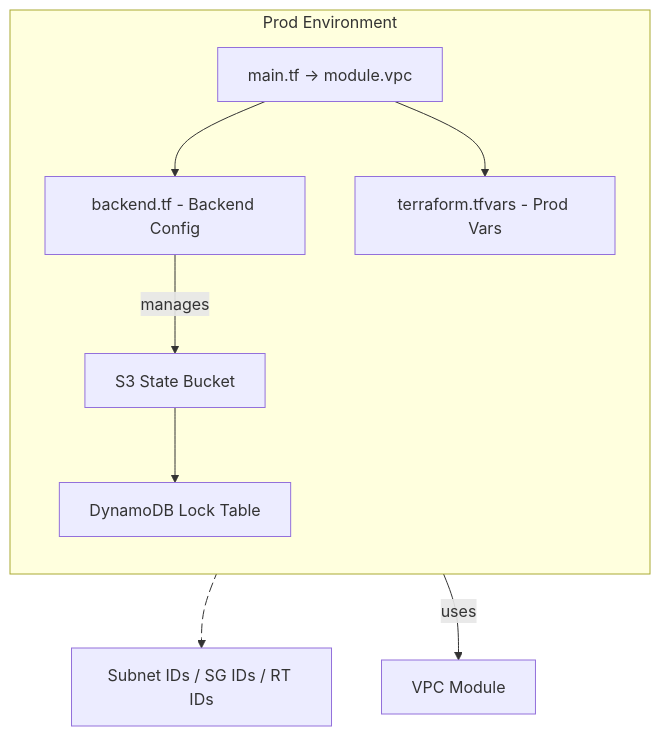
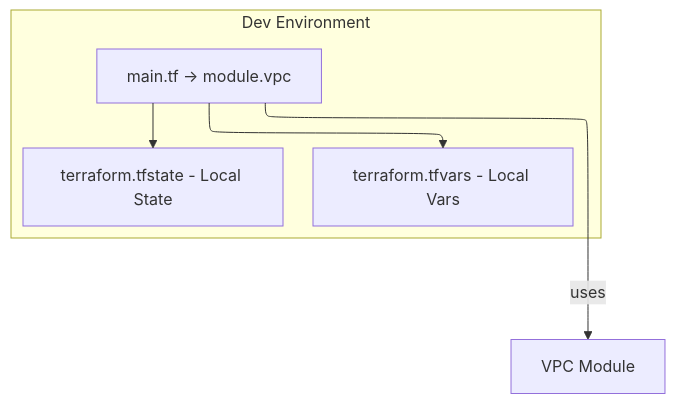
One commit to m3lcy/terraform-aws-vpc changed the third of 4 diagrams in README.md. Above: the diagram before and after it, drawn with Mermaid. The commit also changed other lines of this file, not shown here.

````diff
--- a/README.md
+++ b/README.md
@@ -116,24 +198,15 @@
 ```mermaid
 ---
 config:
-  layout: fixed
+  layout: elk
 ---
 flowchart TB
- subgraph Prod_Env["Prod Environment"]
+ subgraph Dev_Env["Dev Environment"]
     direction TB
-        P1["main.tf -> module.vpc"]
-        P2["terraform.tfvars - Prod Vars"]
-        P3["backend.tf - Backend Config"]
-        P4["S3 State Bucket"]
-        P5["DynamoDB Lock Table"]
+        E1["main.tf -> module.vpc"]
+        E2["terraform.tfvars - Local Vars"]
+        E3["terraform.tfstate - Local State"]
   end
-    P1 --> P3 & P2
-    P4 --> P5
-    P1 L_P1_O_0@-.-> O["Subnet IDs / SG IDs / RT IDs"]
-    P1 -- uses --> n1["VPC Module"]
-    P3 -- manages --> P4
-
-    n1@{ shape: rect}
-
-    L_P1_O_0@{ animation: fast }
+    E1 --> E2 & E3
+    E1 -- uses --> O["VPC Module"]
 ```
````
